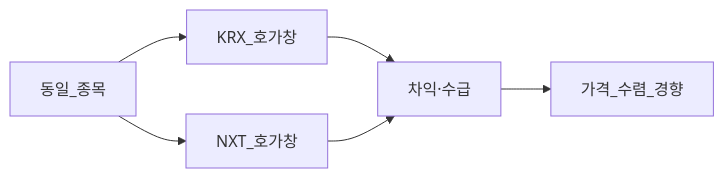
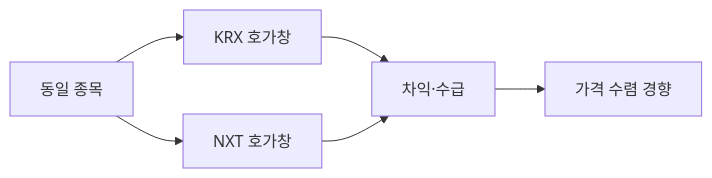
Before and after one commit to goldanghenry/Finances: the second of 3 diagrams in 03-markets/market-microstructure.md, drawn with Mermaid. The commit also changed other lines of this file and 211 other files, not shown here.

````diff
--- a/03-markets/market-microstructure.md
+++ b/03-markets/market-microstructure.md
@@ -105,8 +121,8 @@
 ```mermaid
 flowchart LR
-  T[동일_종목] --> K[KRX_호가창]
-  T --> N[NXT_호가창]
+  T["동일 종목"] --> K["KRX 호가창"]
+  T --> N["NXT 호가창"]
   K --> Arb[차익·수급]
   N --> Arb
-  Arb --> Price[가격_수렴_경향]
+  Arb --> Price["가격 수렴 경향"]
 ```
````
